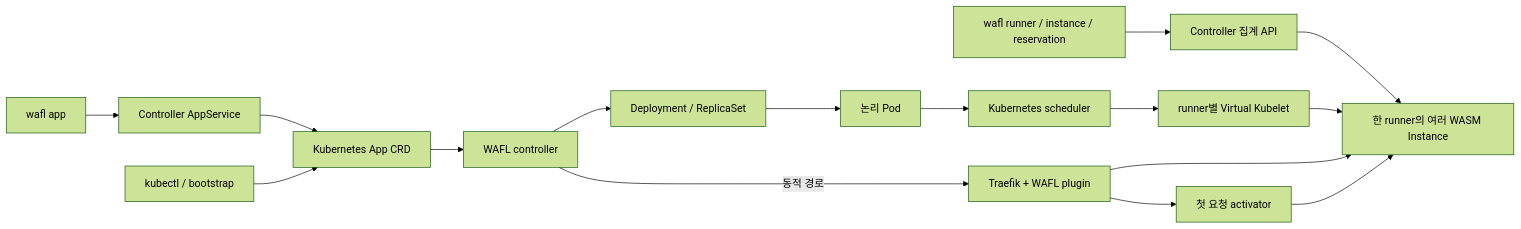
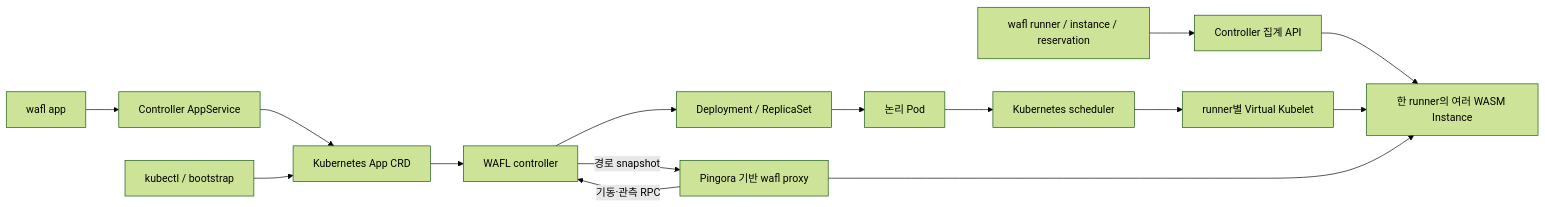
One commit to lesomnus/wafl changed the diagram in docs/controller.md. Above: the diagram before and after it, drawn with Mermaid (forest theme). The commit also changed other lines of this file and 64 other files, not shown here.

First line of the commit message:
Replace Traefik and controller relays with a Pingora proxy (#30)

````diff
--- a/docs/controller.md
+++ b/docs/controller.md
@@ -5,18 +5,17 @@
 ```mermaid
 flowchart LR
   CLI[wafl app] --> RPC[Controller AppService]
   RPC --> API[Kubernetes App CRD]
   Ops[wafl runner / instance / reservation] --> Catalog[Controller 집계 API]
   Catalog --> R
   Operator[kubectl / bootstrap] --> API
   API --> C[WAFL controller]
   C --> D[Deployment / ReplicaSet]
   D --> P[논리 Pod]
   P --> S[Kubernetes scheduler]
   S --> V[runner별 Virtual Kubelet]
   V --> R[한 runner의 여러 WASM Instance]
-  T[Traefik + WAFL plugin] --> R
-  T --> A[첫 요청 activator]
-  A --> R
-  C -->|동적 경로| T
+  T[Pingora 기반 wafl proxy] --> R
+  T -->|기동·관측 RPC| C
+  C -->|경로 snapshot| T
 ```
````
